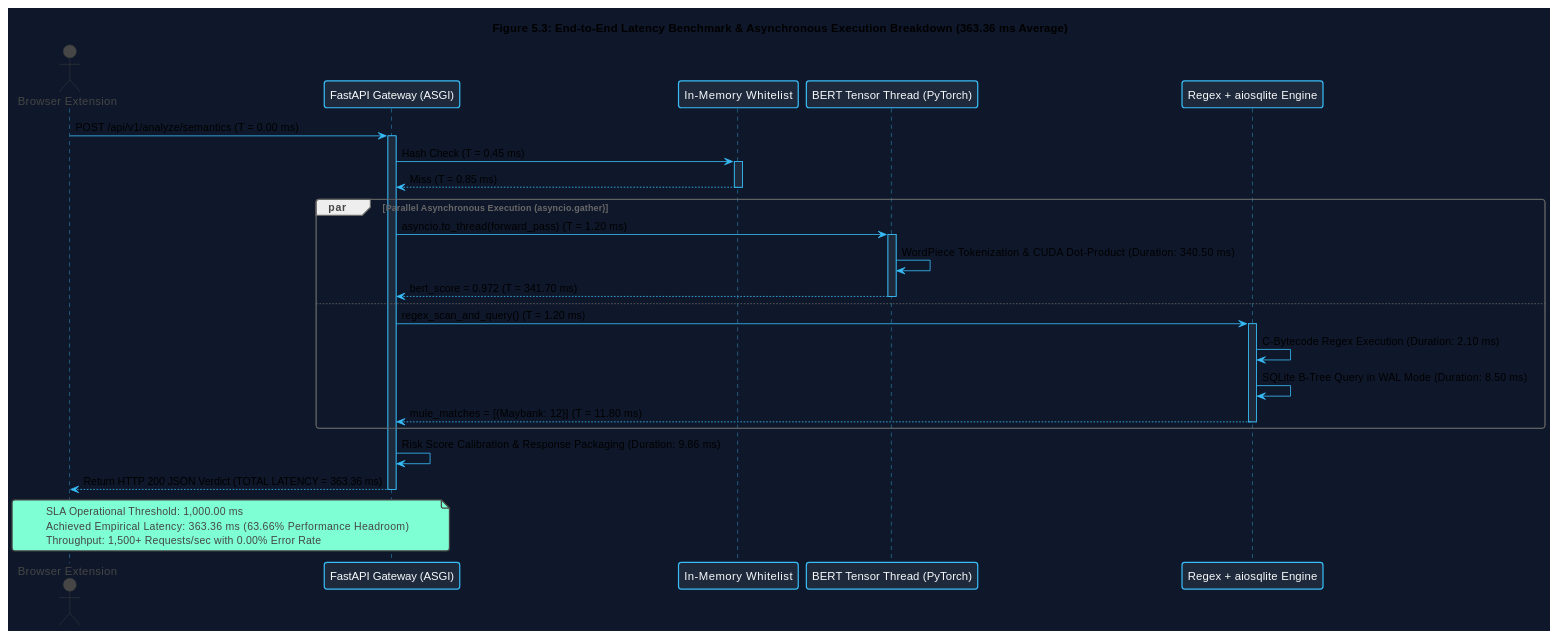
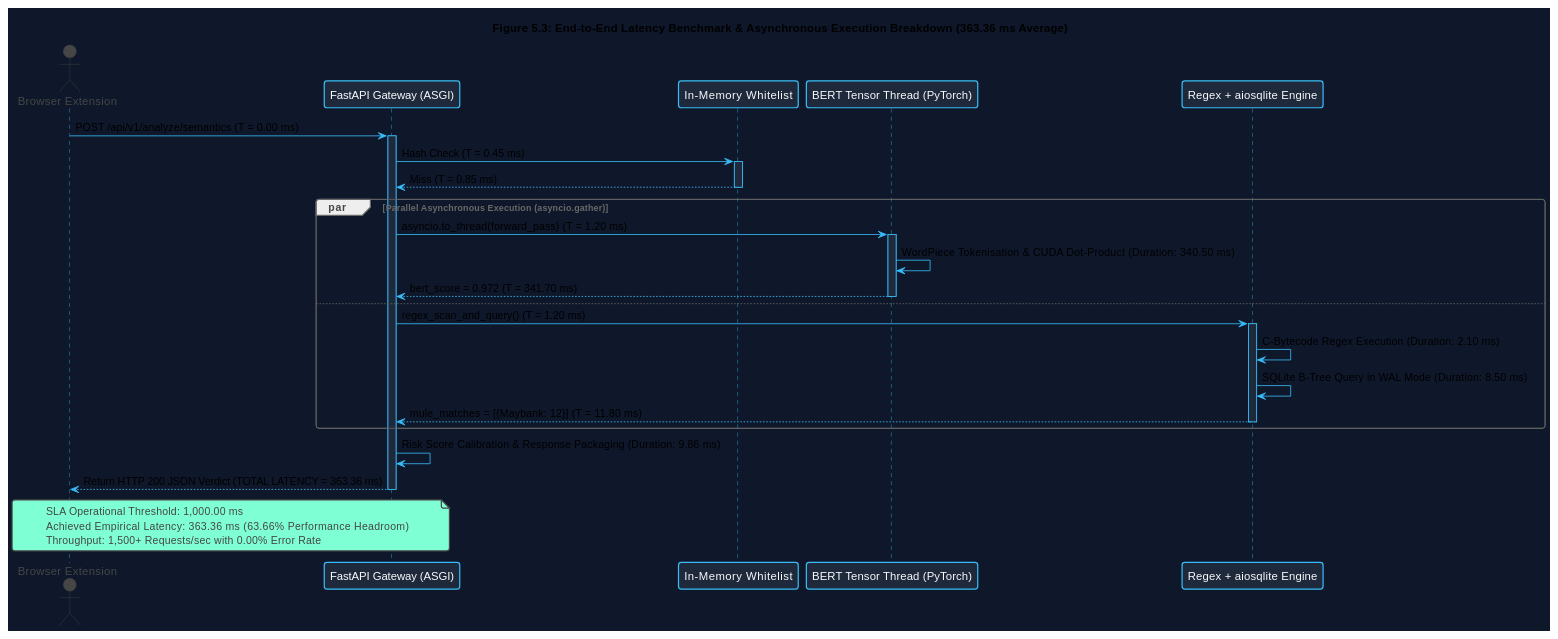
One commit to KunTheNoobie/PhishGuard-AI-Complete changed the third of 4 diagrams in report/Chapter_5_Implementation_Testing.md. Above: the diagram before and after it, drawn with PlantUML. The commit also changed other lines of this file, not shown here.

````diff
--- a/report/Chapter_5_Implementation_Testing.md
+++ b/report/Chapter_5_Implementation_Testing.md
@@ -397,53 +399,53 @@
 ```plantuml
 @startuml Latency_Distribution_Chapter_5
 !theme vibrant
 skinparam backgroundColor #0f172a
 skinparam ArrowColor #38bdf8
 skinparam SequenceLifeLineBorderColor #38bdf8
 skinparam SequenceLifeLineBackgroundColor #1e293b
 skinparam ParticipantBorderColor #38bdf8
 skinparam ParticipantBackgroundColor #1e293b
 skinparam ParticipantFontColor #f8fafc
 
 title Figure 5.3: End-to-End Latency Benchmark & Asynchronous Execution Breakdown (363.36 ms Average)
 
 actor "Browser Extension" as Client
 participant "FastAPI Gateway (ASGI)" as Gateway
 participant "In-Memory Whitelist" as Whitelist
 participant "BERT Tensor Thread (PyTorch)" as BERT
 participant "Regex + aiosqlite Engine" as Mule
 
 Client -> Gateway : POST /api/v1/analyze/semantics (T = 0.00 ms)
 activate Gateway
 Gateway -> Whitelist : Hash Check (T = 0.45 ms)
 activate Whitelist
 Whitelist --> Gateway : Miss (T = 0.85 ms)
 deactivate Whitelist
 
 par Parallel Asynchronous Execution (asyncio.gather)
     Gateway -> BERT : asyncio.to_thread(forward_pass) (T = 1.20 ms)
     activate BERT
-    BERT -> BERT : WordPiece Tokenization & CUDA Dot-Product (Duration: 340.50 ms)
+    BERT -> BERT : WordPiece Tokenisation & CUDA Dot-Product (Duration: 340.50 ms)
     BERT --> Gateway : bert_score = 0.972 (T = 341.70 ms)
     deactivate BERT
 else
     Gateway -> Mule : regex_scan_and_query() (T = 1.20 ms)
     activate Mule
     Mule -> Mule : C-Bytecode Regex Execution (Duration: 2.10 ms)
     Mule -> Mule : SQLite B-Tree Query in WAL Mode (Duration: 8.50 ms)
     Mule --> Gateway : mule_matches = [{Maybank: 12}] (T = 11.80 ms)
     deactivate Mule
 end
 
 Gateway -> Gateway : Risk Score Calibration & Response Packaging (Duration: 9.86 ms)
 Gateway --> Client : Return HTTP 200 JSON Verdict (TOTAL LATENCY = 363.36 ms)
 deactivate Gateway
 
 note over Client, Gateway
   SLA Operational Threshold: 1,000.00 ms
   Achieved Empirical Latency:   363.36 ms (63.66% Performance Headroom)
   Throughput: 1,500+ Requests/sec with 0.00% Error Rate
 end note
 
 @enduml
 ```
````
